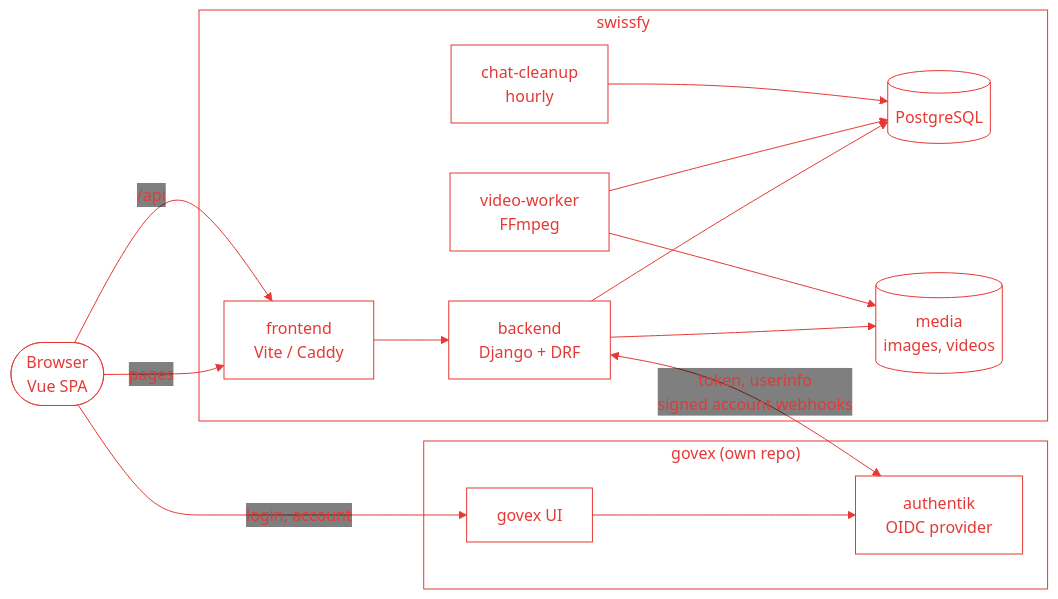
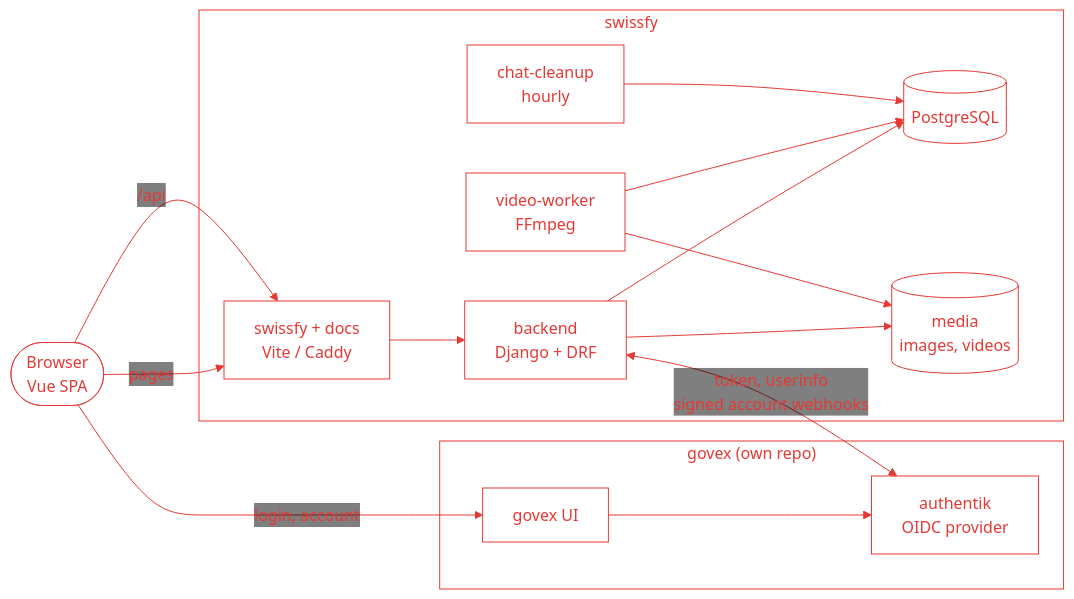
Before and after one commit to buechijonas/swissfy: the first of 11 diagrams in README.md, drawn with Mermaid. The commit also changed other lines of this file and 10 other files, not shown here.

````diff
--- a/README.md
+++ b/README.md
@@ -81,30 +83,30 @@
 ```mermaid
 %%{init: {'theme': 'base', 'themeCSS': '.labelBkg, .edgeLabel, .edgeLabel p, .edgeLabel rect { background-color: transparent !important; fill: transparent !important; }', 'themeVariables': {'darkMode': false, 'background': 'transparent', 'primaryColor': 'transparent', 'secondaryColor': 'transparent', 'tertiaryColor': 'transparent', 'mainBkg': 'transparent', 'clusterBkg': 'transparent', 'actorBkg': 'transparent', 'noteBkgColor': 'transparent', 'labelBoxBkgColor': 'transparent', 'edgeLabelBackground': 'transparent', 'relationLabelBackground': 'transparent', 'attributeBackgroundColorOdd': 'transparent', 'attributeBackgroundColorEven': 'transparent', 'primaryBorderColor': '#e53935', 'secondaryBorderColor': '#e53935', 'tertiaryBorderColor': '#e53935', 'nodeBorder': '#e53935', 'clusterBorder': '#e53935', 'lineColor': '#e53935', 'signalColor': '#e53935', 'actorBorder': '#e53935', 'actorLineColor': '#e53935', 'labelBoxBorderColor': '#e53935', 'noteBorderColor': '#e53935', 'activationBorderColor': '#e53935', 'transitionColor': '#e53935', 'stateBorder': '#e53935', 'relationColor': '#e53935', 'textColor': '#e53935', 'primaryTextColor': '#e53935', 'secondaryTextColor': '#e53935', 'tertiaryTextColor': '#e53935', 'nodeTextColor': '#e53935', 'titleColor': '#e53935', 'signalTextColor': '#e53935', 'loopTextColor': '#e53935', 'labelTextColor': '#e53935', 'noteTextColor': '#e53935', 'actorTextColor': '#e53935', 'relationLabelColor': '#e53935', 'stateLabelColor': '#e53935', 'transitionLabelColor': '#e53935', 'sequenceNumberColor': '#ffffff'}}}%%
 flowchart LR
     linkStyle default stroke:#e53935
     browser(["Browser<br/>Vue SPA"])
 
     subgraph swissfy["swissfy"]
-        frontend["frontend<br/>Vite / Caddy"]
+        frontend["swissfy + docs<br/>Vite / Caddy"]
         backend["backend<br/>Django + DRF"]
         video["video-worker<br/>FFmpeg"]
         cleanup["chat-cleanup<br/>hourly"]
         db[("PostgreSQL")]
         media[("media<br/>images, videos")]
     end
 
     subgraph govex["govex (own repo)"]
         govexui["govex UI"]
         authentik["authentik<br/>OIDC provider"]
     end
 
     browser -- "pages" --> frontend
     browser -- "/api" --> frontend --> backend
     browser -- "login, account" --> govexui --> authentik
     backend <-- "token, userinfo<br/>signed account webhooks" --> authentik
     backend --> db
     backend --> media
     video --> db
     video --> media
     cleanup --> db
 ```
````
